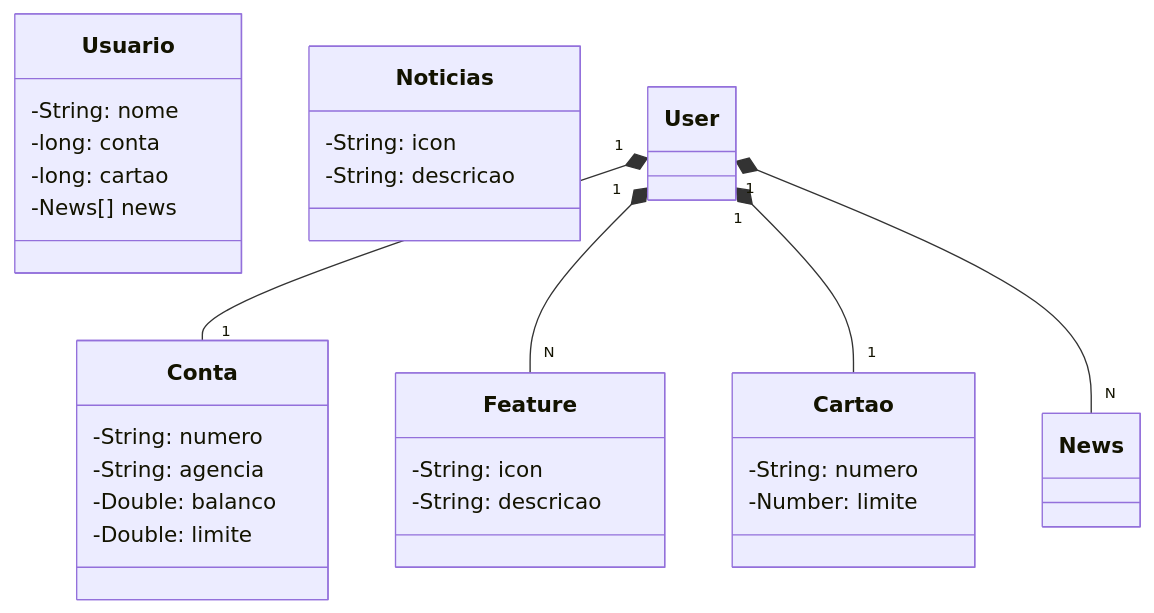
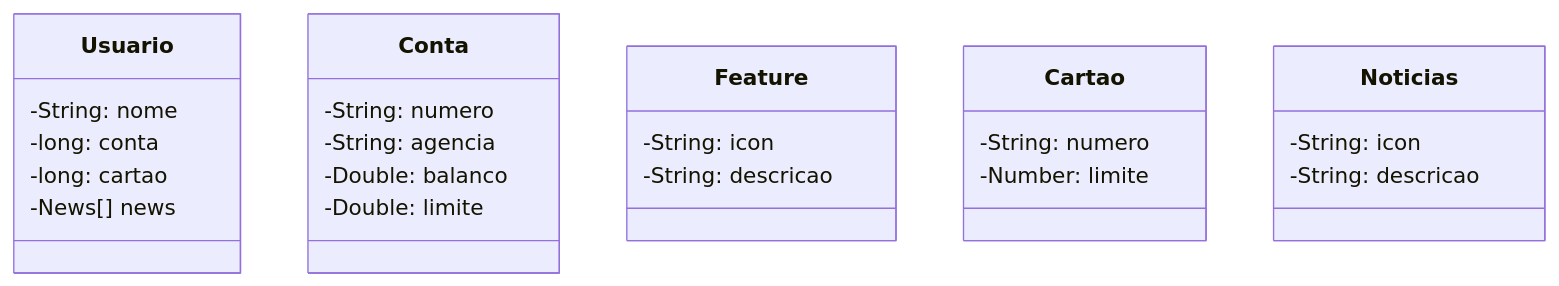
Before and after one commit to devt1981/santander-dev-week-2023: the diagram in README.md, drawn with Mermaid.

````diff
--- a/README.md
+++ b/README.md
@@ -6,36 +6,31 @@
 ```mermaid
 classDiagram
   class Usuario {
     -String: nome
     -long: conta
     -long: cartao
     -News[] news
   }
 
   class Conta {
     -String: numero
     -String: agencia
     -Double: balanco
     -Double: limite
   }
 
   class Feature {
     -String: icon
     -String: descricao
   }
 
   class Cartao {
     -String: numero
     -Number: limite
   }
 
   class Noticias {
     -String: icon
     -String: descricao
   }
-
-  User "1" *-- "1" Conta
-  User "1" *-- "N" Feature
-  User "1" *-- "1" Cartao
-  User "1" *-- "N" News
 ```
````
